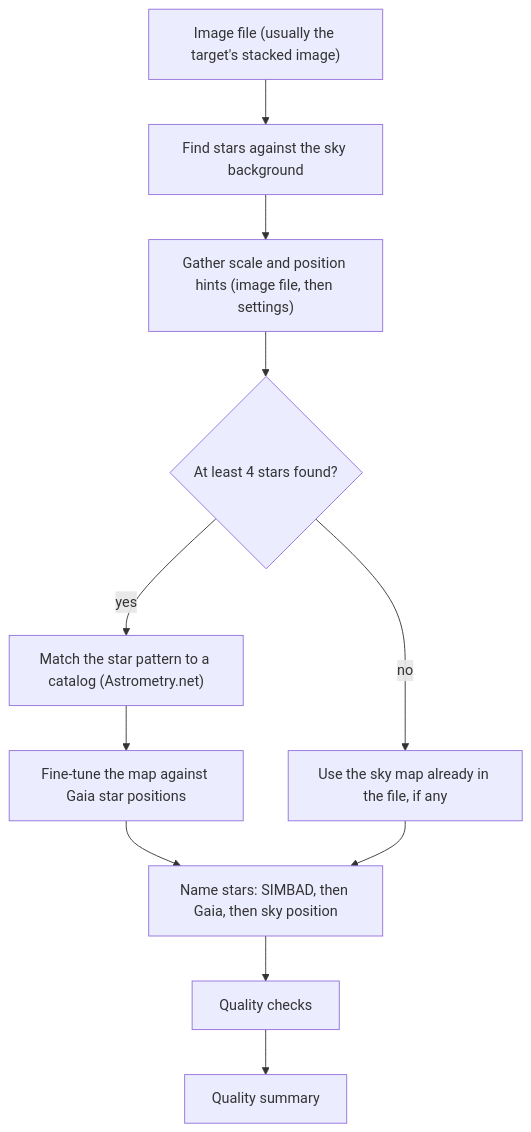
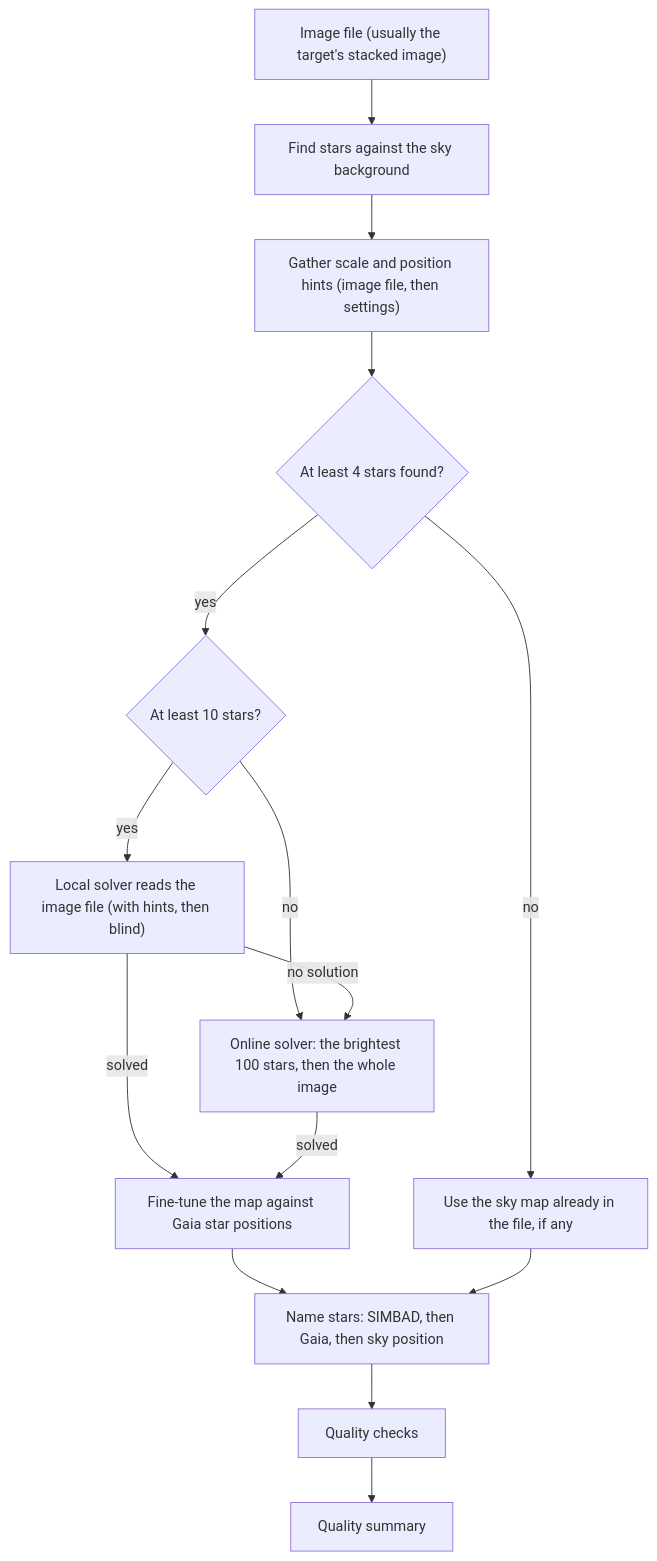
Before and after one commit to m1chae2/astrometrics: the diagram in documentation/library_design/pipelines/astrometry.md, drawn with Mermaid. The commit also changed other lines of this file and 51 other files, not shown here.

````diff
--- a/documentation/library_design/pipelines/astrometry.md
+++ b/documentation/library_design/pipelines/astrometry.md
@@ -45,13 +45,17 @@
 ```mermaid
 flowchart TD
     A["Image file (usually the target's stacked image)"] --> B["Find stars against the sky background"]
     B --> C["Gather scale and position hints (image file, then settings)"]
     C --> D{"At least 4 stars found?"}
-    D -- yes --> E["Match the star pattern to a catalog (Astrometry.net)"]
     D -- no --> F["Use the sky map already in the file, if any"]
-    E --> G["Fine-tune the map against Gaia star positions"]
+    D -- yes --> L{"At least 10 stars?"}
+    L -- yes --> E["Local solver reads the image file (with hints, then blind)"]
+    L -- no --> O["Online solver: the brightest 100 stars, then the whole image"]
+    E -- "no solution" --> O
+    E -- solved --> G["Fine-tune the map against Gaia star positions"]
+    O -- solved --> G
     G --> H["Name stars: SIMBAD, then Gaia, then sky position"]
     F --> H
     H --> I["Quality checks"]
     I --> J["Quality summary"]
 ```
````
